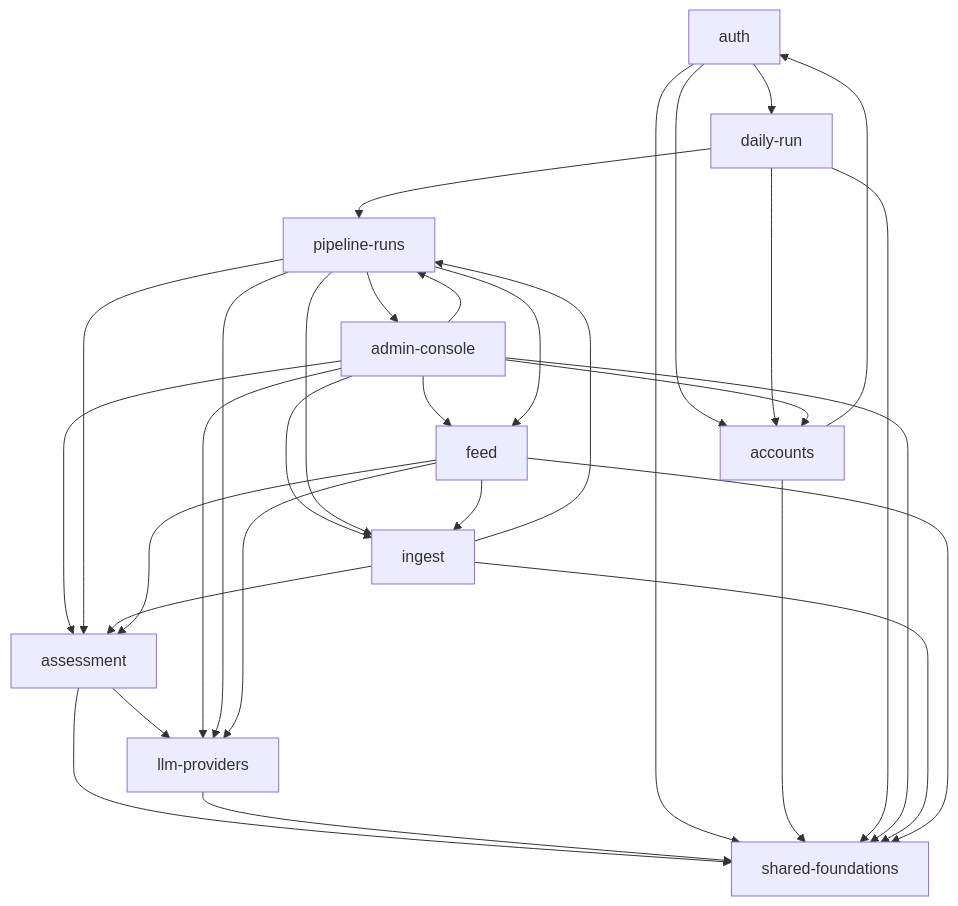
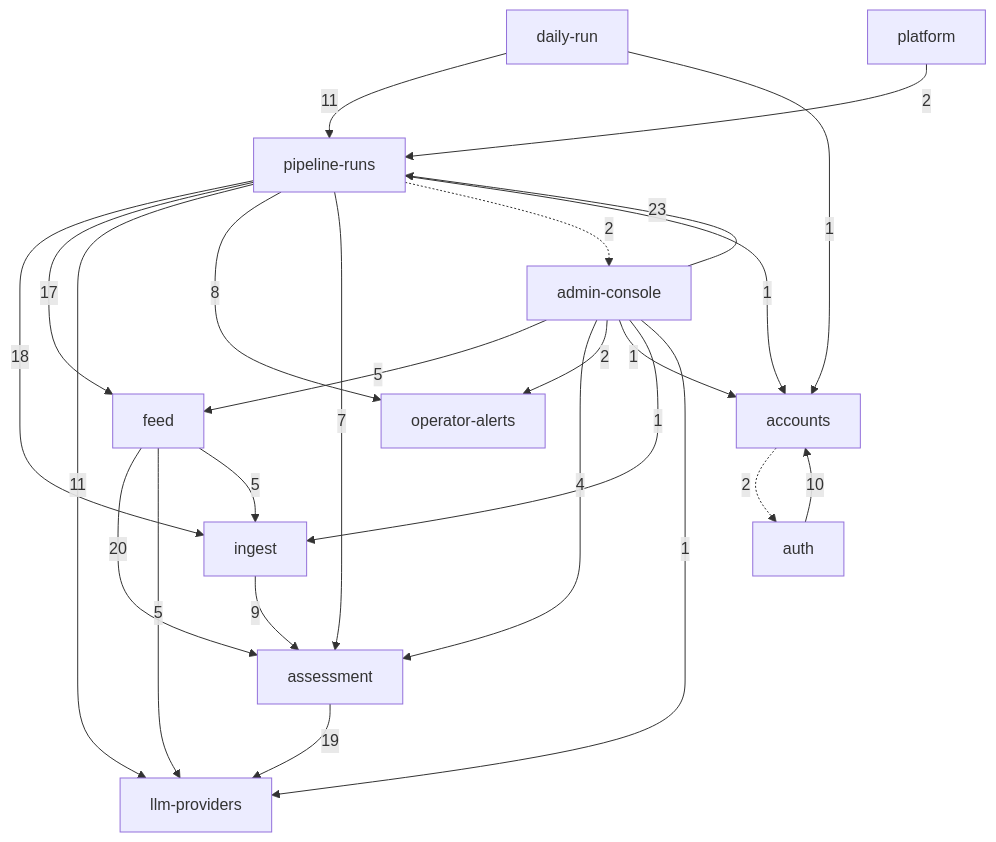
Before and after one commit to kwmacioszek/szczur-radar: the diagram in context/map/repo-map.md, drawn with Mermaid. The commit also changed other lines of this file and 21 other files, not shown here.

````diff
--- a/context/map/repo-map.md
+++ b/context/map/repo-map.md
@@ -19,43 +21,38 @@
 ```mermaid
 graph TB
+  daily_run["daily-run"]
+  platform["platform"]
+  admin_console["admin-console"]
+  pipeline_runs["pipeline-runs"]
+  operator_alerts["operator-alerts"]
+  feed["feed"]
+  ingest["ingest"]
   assessment["assessment"]
-  llm["llm-providers"]
-  shared["shared-foundations"]
+  llm_providers["llm-providers"]
   auth["auth"]
   accounts["accounts"]
-  daily["daily-run"]
-  admin["admin-console"]
-  pipeline["pipeline-runs"]
-  ingest["ingest"]
-  feed["feed"]
-  assessment --> llm
-  assessment --> shared
-  llm --> shared
-  auth --> accounts
-  auth --> shared
-  auth --> daily
-  accounts --> shared
-  accounts --> auth
-  daily --> accounts
-  daily --> pipeline
-  daily --> shared
-  admin --> accounts
-  admin --> pipeline
-  admin --> shared
-  admin --> ingest
-  admin --> assessment
-  admin --> llm
-  admin --> feed
-  pipeline --> admin
-  pipeline --> ingest
-  pipeline --> feed
-  pipeline --> llm
-  pipeline --> assessment
-  ingest --> pipeline
-  ingest --> shared
-  ingest --> assessment
-  feed --> assessment
-  feed --> llm
-  feed --> shared
-  feed --> ingest
+  admin_console -->|23| pipeline_runs
+  daily_run -->|11| pipeline_runs
+  platform -->|2| pipeline_runs
+  pipeline_runs -->|18| ingest
+  pipeline_runs -->|17| feed
+  pipeline_runs -->|11| llm_providers
+  pipeline_runs -->|8| operator_alerts
+  pipeline_runs -->|7| assessment
+  pipeline_runs -.->|2| admin_console
+  pipeline_runs -->|1| accounts
+  feed -->|20| assessment
+  feed -->|5| llm_providers
+  feed -->|5| ingest
+  admin_console -->|5| feed
+  admin_console -->|4| assessment
+  admin_console -->|2| operator_alerts
+  admin_console -->|1| accounts
+  admin_console -->|1| ingest
+  admin_console -->|1| llm_providers
+  assessment -->|19| llm_providers
+  ingest -->|9| assessment
+  auth -->|10| accounts
+  accounts -.->|2| auth
+  daily_run -->|1| accounts
 ```
````
